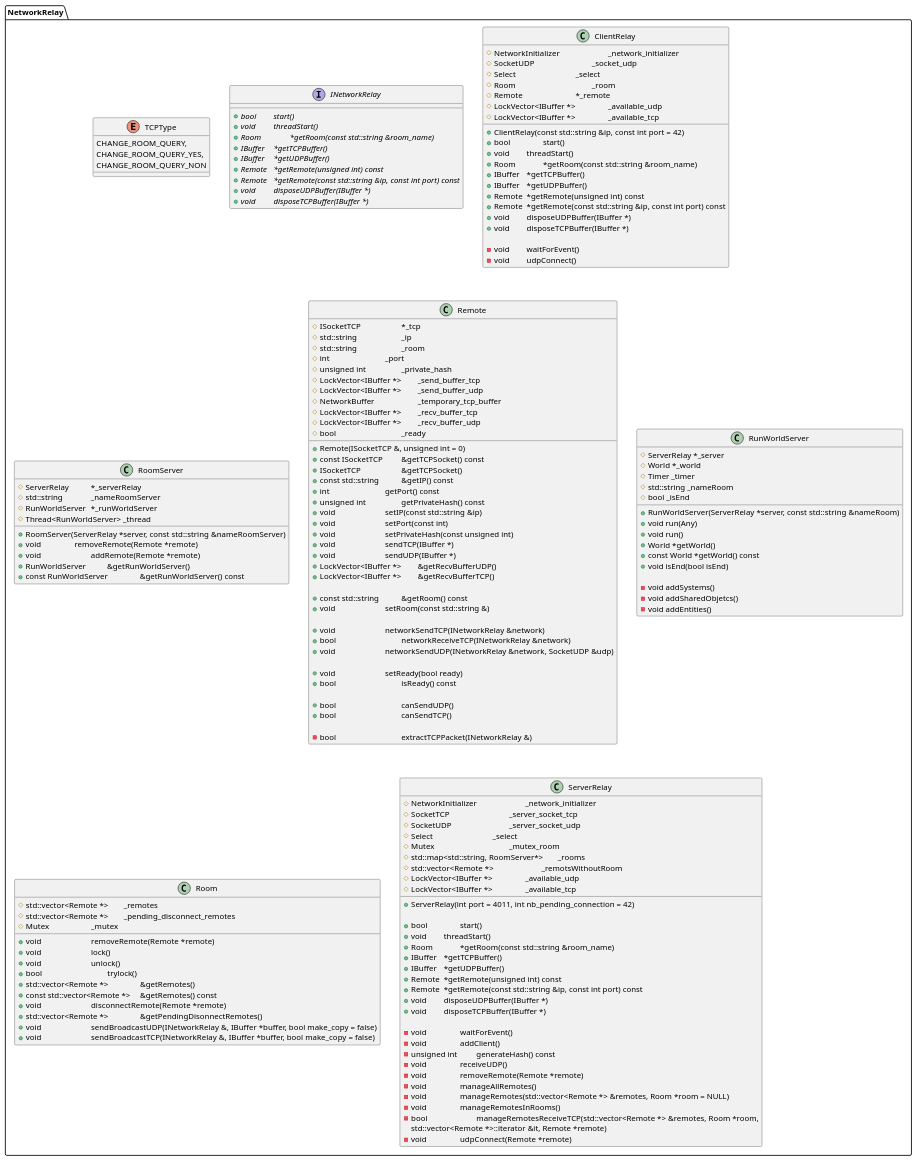
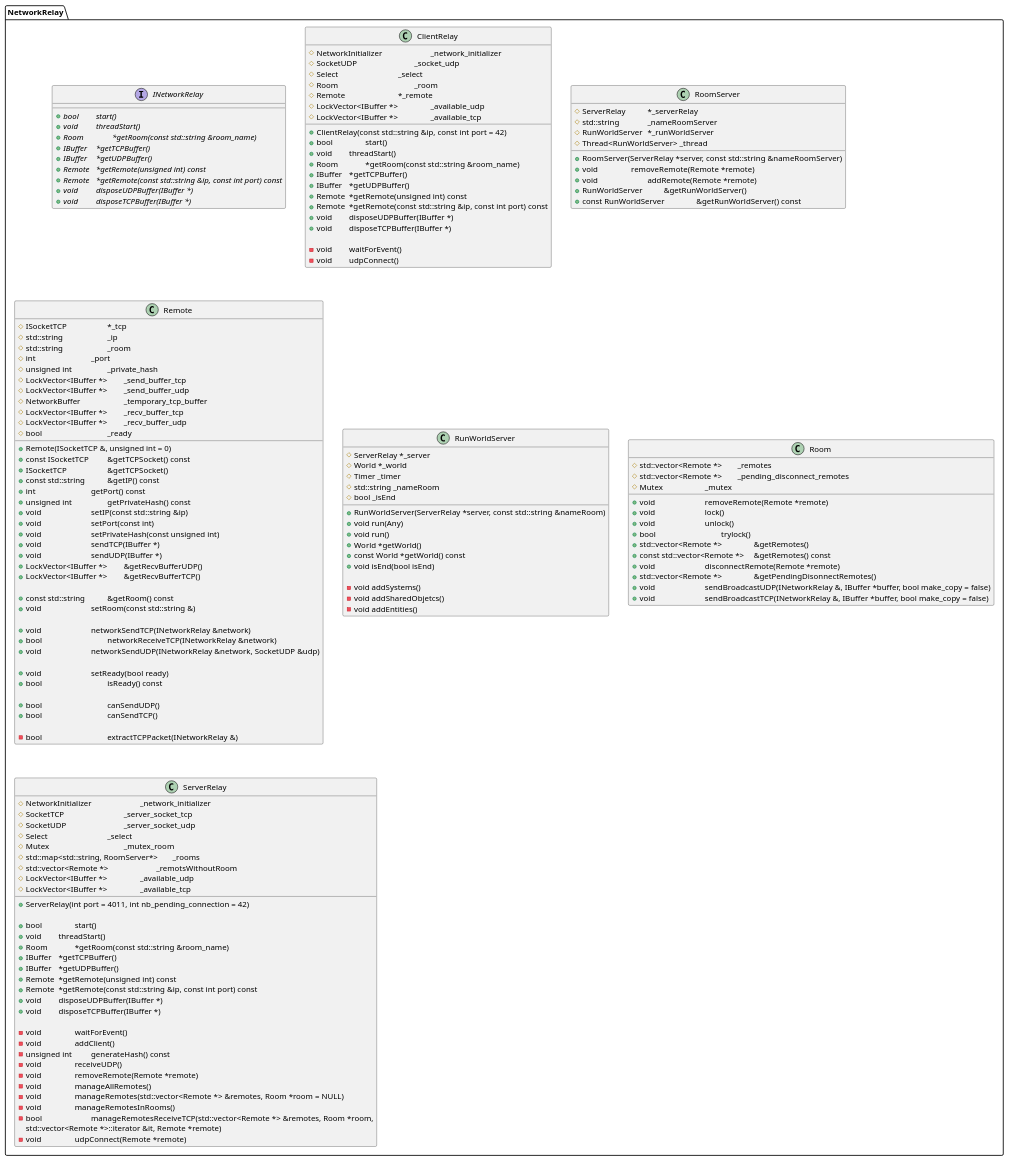
Before and after one commit to deb0ch/R-Type: the diagram in doc/UML/NetworkRelay-Classes.iuml, drawn with PlantUML. The commit also changed 2 other files, not shown here.

```diff
--- a/doc/UML/NetworkRelay-Classes.iuml
+++ b/doc/UML/NetworkRelay-Classes.iuml
@@ -1,174 +1,168 @@
 
 package NetworkRelay {
-
-enum TCPType {
-	CHANGE_ROOM_QUERY,
-	CHANGE_ROOM_QUERY_YES,
-	CHANGE_ROOM_QUERY_NON
-}
 
 interface INetworkRelay {
   + {abstract} bool		start()
   + {abstract} void		threadStart()
   + {abstract} Room		*getRoom(const std::string &room_name)
   + {abstract} IBuffer	*getTCPBuffer()
   + {abstract} IBuffer	*getUDPBuffer()
   + {abstract} Remote	*getRemote(unsigned int) const
   + {abstract} Remote	*getRemote(const std::string &ip, const int port) const
   + {abstract} void		disposeUDPBuffer(IBuffer *)
   + {abstract} void		disposeTCPBuffer(IBuffer *)
 }
 
 class ClientRelay {
   + ClientRelay(const std::string &ip, const int port = 42)
   + bool		start()
   + void		threadStart()
   + Room		*getRoom(const std::string &room_name)
   + IBuffer	*getTCPBuffer()
   + IBuffer	*getUDPBuffer()
   + Remote	*getRemote(unsigned int) const
   + Remote	*getRemote(const std::string &ip, const int port) const
   + void		disposeUDPBuffer(IBuffer *)
   + void		disposeTCPBuffer(IBuffer *)
 
   - void 	waitForEvent()
   - void 	udpConnect()
 
   # NetworkInitializer			_network_initializer
   # SocketUDP				_socket_udp
   # Select				_select
   # Room					_room
   # Remote				*_remote
   # LockVector<IBuffer *>			_available_udp
   # LockVector<IBuffer *>			_available_tcp
 }
 
 class RoomServer {
   + RoomServer(ServerRelay *server, const std::string &nameRoomServer)
   + void			removeRemote(Remote *remote)
   + void				addRemote(Remote *remote)
   + RunWorldServer		&getRunWorldServer()
   + const RunWorldServer		&getRunWorldServer() const
 
   # ServerRelay		*_serverRelay
   # std::string		_nameRoomServer
   # RunWorldServer	*_runWorldServer
   # Thread<RunWorldServer> _thread
 }
 
 class Remote {
   + Remote(ISocketTCP &, unsigned int = 0)
   + const ISocketTCP		&getTCPSocket() const
   + ISocketTCP			&getTCPSocket()
   + const std::string		&getIP() const
   + int				getPort() const
   + unsigned int			getPrivateHash() const
   + void				setIP(const std::string &ip)
   + void				setPort(const int)
   + void				setPrivateHash(const unsigned int)
   + void				sendTCP(IBuffer *)
   + void				sendUDP(IBuffer *)
   + LockVector<IBuffer *>		&getRecvBufferUDP()
   + LockVector<IBuffer *>		&getRecvBufferTCP()
 
   + const std::string		&getRoom() const
   + void				setRoom(const std::string &)
 
   + void				networkSendTCP(INetworkRelay &network)
   + bool				networkReceiveTCP(INetworkRelay &network)
   + void				networkSendUDP(INetworkRelay &network, SocketUDP &udp)
 
   + void				setReady(bool ready)
   + bool				isReady() const
 
   + bool				canSendUDP()
   + bool				canSendTCP()
 
   - bool				extractTCPPacket(INetworkRelay &)
 
   # ISocketTCP			*_tcp
   # std::string			_ip
   # std::string			_room
   # int				_port
   # unsigned int			_private_hash
   # LockVector<IBuffer *>		_send_buffer_tcp
   # LockVector<IBuffer *>		_send_buffer_udp
   # NetworkBuffer			_temporary_tcp_buffer
   # LockVector<IBuffer *>		_recv_buffer_tcp
   # LockVector<IBuffer *>		_recv_buffer_udp
   # bool				_ready
 }
 
 class RunWorldServer {
   + RunWorldServer(ServerRelay *server, const std::string &nameRoom)
   + void run(Any)
   + void run()
   + World *getWorld()
   + const World *getWorld() const
   + void isEnd(bool isEnd)
 
   - void addSystems()
   - void addSharedObjetcs()
   - void addEntities()
 
   # ServerRelay *_server
   # World *_world
   # Timer _timer
   # std::string _nameRoom
   # bool _isEnd
 }
 
 class Room {
   + void				removeRemote(Remote *remote)
   + void				lock()
   + void				unlock()
   + bool				trylock()
   + std::vector<Remote *>		&getRemotes()
   + const std::vector<Remote *>	&getRemotes() const
   + void				disconnectRemote(Remote *remote)
   + std::vector<Remote *>		&getPendingDisonnectRemotes()
   + void				sendBroadcastUDP(INetworkRelay &, IBuffer *buffer, bool make_copy = false)
   + void				sendBroadcastTCP(INetworkRelay &, IBuffer *buffer, bool make_copy = false)
 
   # std::vector<Remote *>	_remotes
   # std::vector<Remote *>	_pending_disconnect_remotes
   # Mutex			_mutex
 }
 
 class ServerRelay {
   + ServerRelay(int port = 4011, int nb_pending_connection = 42)
 
   + bool		start()
   + void		threadStart()
   + Room		*getRoom(const std::string &room_name)
   + IBuffer	*getTCPBuffer()
   + IBuffer	*getUDPBuffer()
   + Remote	*getRemote(unsigned int) const
   + Remote	*getRemote(const std::string &ip, const int port) const
   + void		disposeUDPBuffer(IBuffer *)
   + void		disposeTCPBuffer(IBuffer *)
 
   - void			waitForEvent()
   - void			addClient()
   - unsigned int		generateHash() const
   - void			receiveUDP()
   - void			removeRemote(Remote *remote)
   - void			manageAllRemotes()
   - void			manageRemotes(std::vector<Remote *> &remotes, Room *room = NULL)
   - void			manageRemotesInRooms()
   - bool			manageRemotesReceiveTCP(std::vector<Remote *> &remotes, Room *room,
 						std::vector<Remote *>::iterator &it, Remote *remote)
   - void			udpConnect(Remote *remote)
 
   # NetworkInitializer			_network_initializer
   # SocketTCP				_server_socket_tcp
   # SocketUDP				_server_socket_udp
   # Select				_select
   # Mutex					_mutex_room
   # std::map<std::string, RoomServer*>	_rooms
   # std::vector<Remote *>			_remotsWithoutRoom
   # LockVector<IBuffer *>			_available_udp
   # LockVector<IBuffer *>			_available_tcp
 }
 
 }
```
